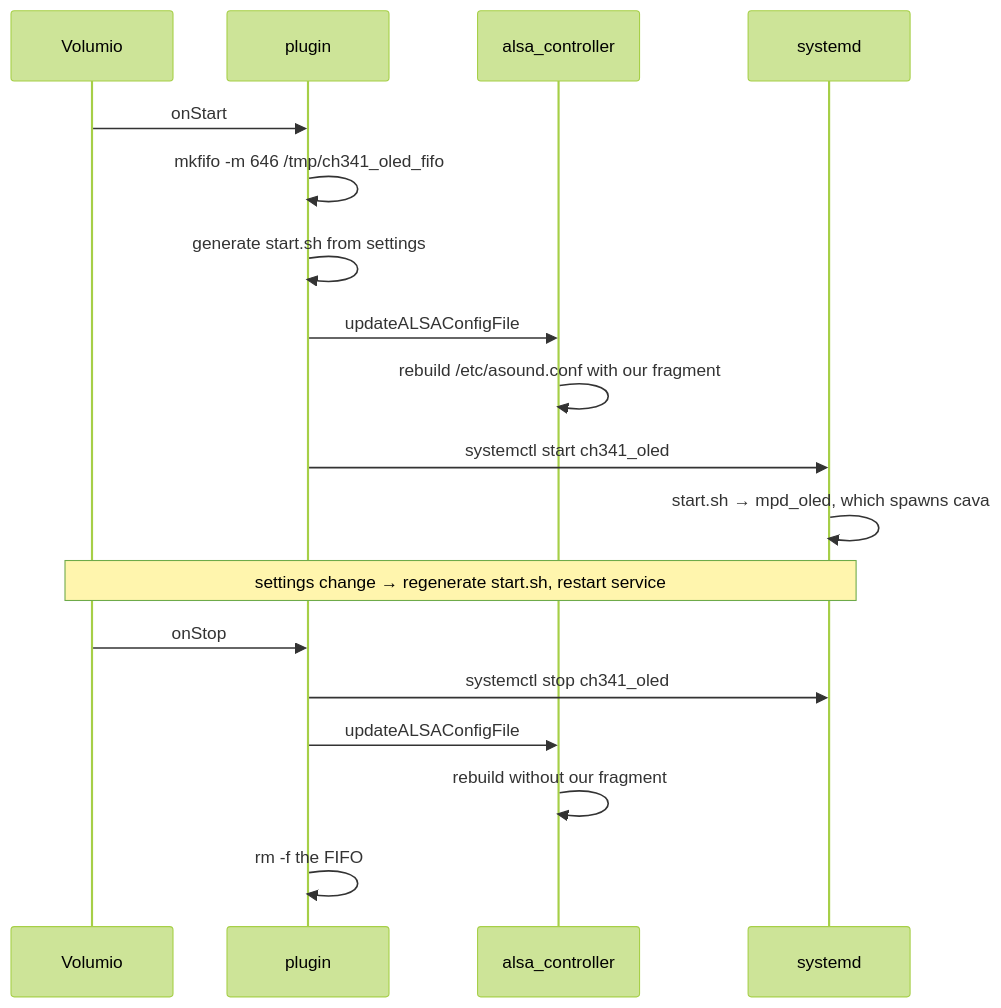
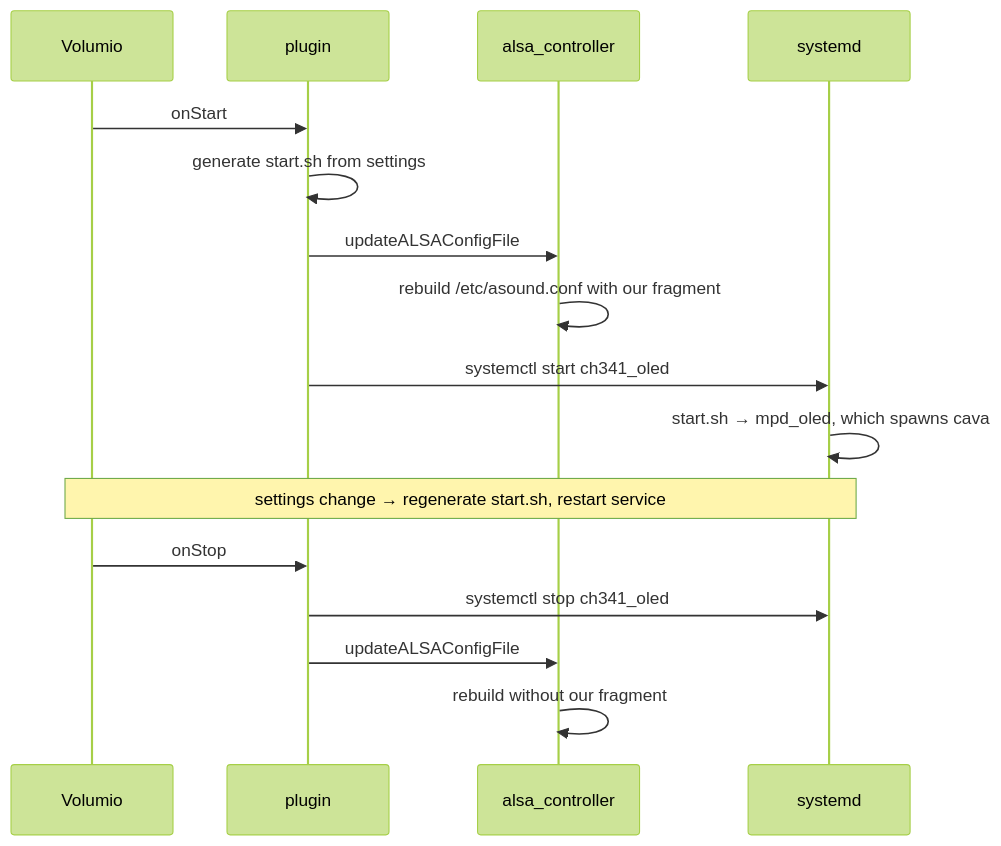
Before and after one commit to foonerd/ch341-i2c-usb: the third of 3 diagrams in ch341_oled/README.md, drawn with Mermaid (forest theme). The commit also changed other lines of this file and 3 other files, not shown here.

````diff
--- a/ch341_oled/README.md
+++ b/ch341_oled/README.md
@@ -118,20 +130,18 @@
 ```mermaid
 sequenceDiagram
     participant V as Volumio
     participant P as plugin
     participant A as alsa_controller
     participant S as systemd
     V->>P: onStart
-    P->>P: mkfifo -m 646 /tmp/ch341_oled_fifo
     P->>P: generate start.sh from settings
     P->>A: updateALSAConfigFile
     A->>A: rebuild /etc/asound.conf with our fragment
     P->>S: systemctl start ch341_oled
     S->>S: start.sh → mpd_oled, which spawns cava
     Note over V,S: settings change → regenerate start.sh, restart service
     V->>P: onStop
     P->>S: systemctl stop ch341_oled
     P->>A: updateALSAConfigFile
     A->>A: rebuild without our fragment
-    P->>P: rm -f the FIFO
 ```
````
